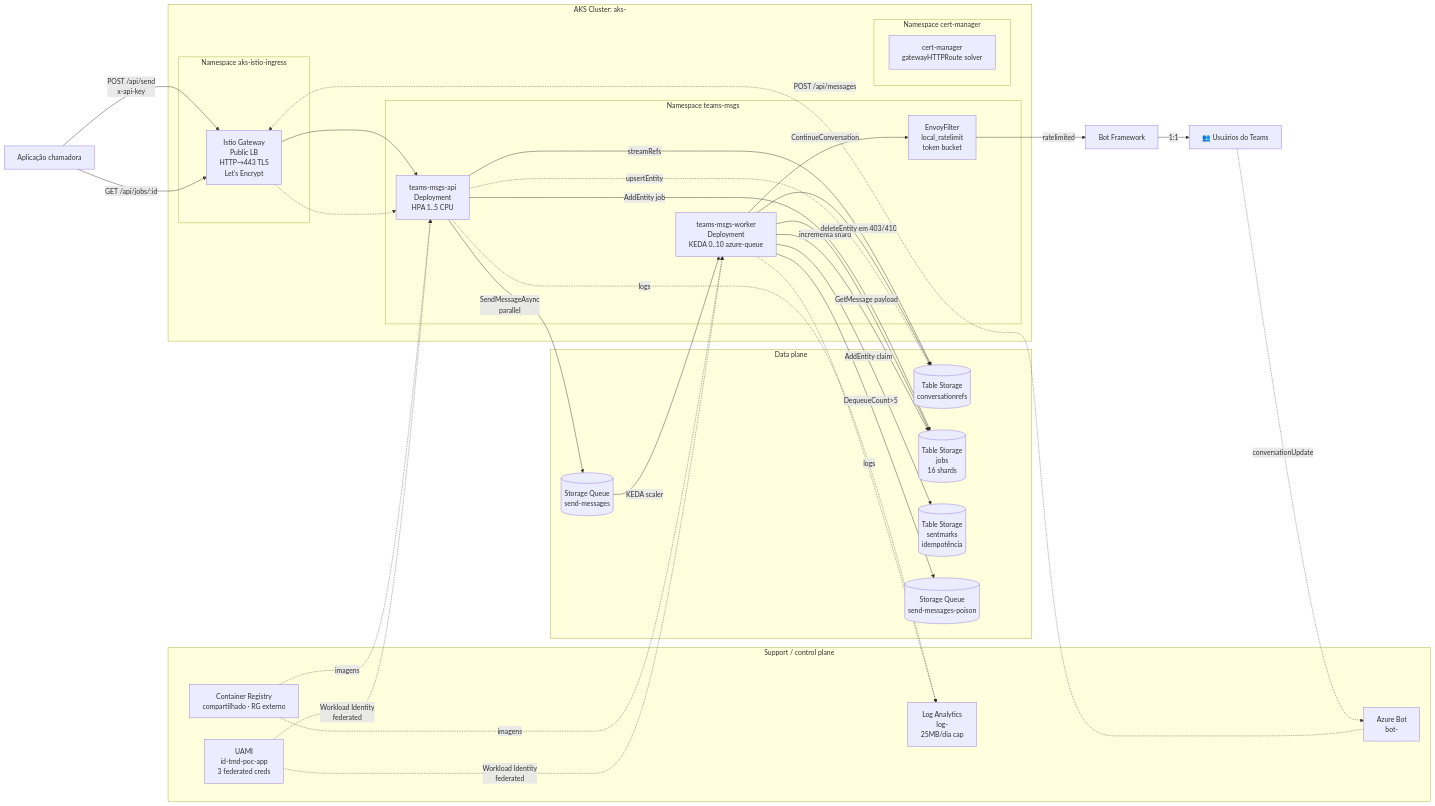
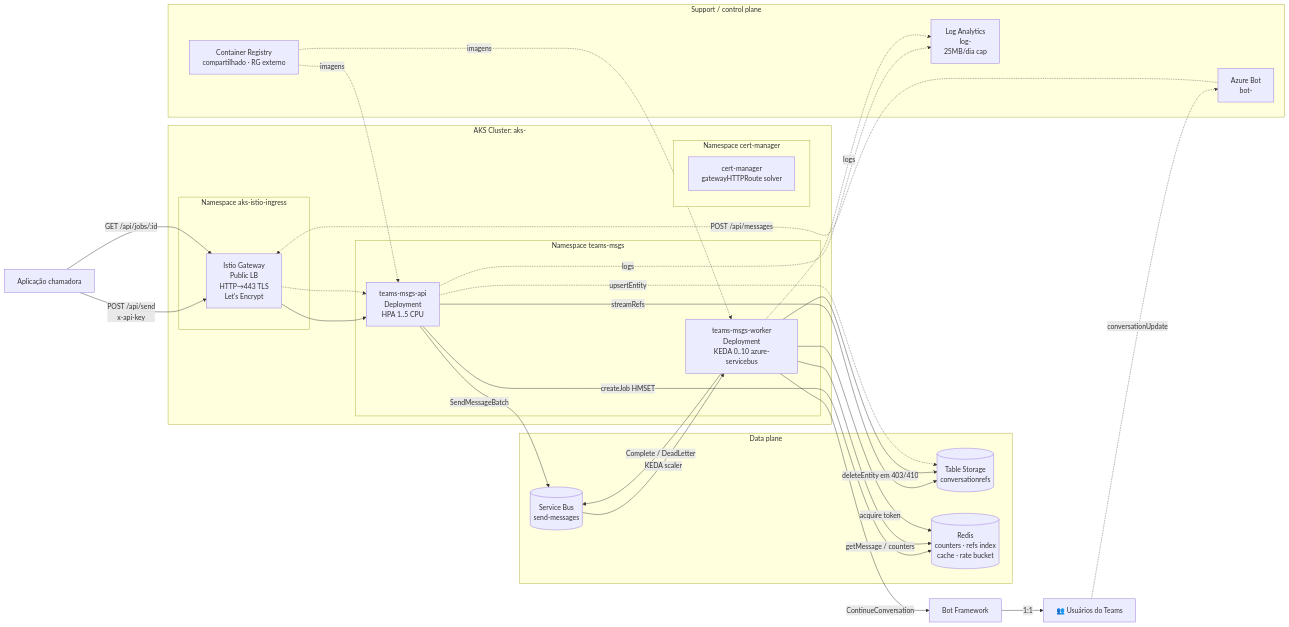
The first of 5 diagrams in README.md (EdneiMonteiro/teams_msgs_dotnet), drawn with Mermaid before and after one commit. The commit also changed other lines of this file and 3 other files, not shown here.

First line of the commit message:
docs(arch): revert narrative to Service Bus + Redis + connection strings

````diff
--- a/README.md
+++ b/README.md
@@ -93,63 +93,55 @@
 ```mermaid
 graph LR
     Client[Aplicação chamadora]
     Users[👥 Usuários do Teams]
     BF[Bot Framework]
 
     subgraph "AKS Cluster: aks-<seu-cluster>"
         subgraph "Namespace aks-istio-ingress"
             Gateway[Istio Gateway<br/>Public LB<br/>HTTP→443 TLS<br/>Let's Encrypt]
         end
         subgraph "Namespace teams-msgs"
             API[teams-msgs-api<br/>Deployment<br/>HPA 1..5 CPU]
-            Worker[teams-msgs-worker<br/>Deployment<br/>KEDA 0..10 azure-queue]
-            EnvoyFilter[EnvoyFilter<br/>local_ratelimit<br/>token bucket]
+            Worker[teams-msgs-worker<br/>Deployment<br/>KEDA 0..10 azure-servicebus]
         end
         subgraph "Namespace cert-manager"
             CM[cert-manager<br/>gatewayHTTPRoute solver]
         end
     end
 
     subgraph "Data plane"
         Refs[(Table Storage<br/>conversationrefs)]
-        Jobs[(Table Storage<br/>jobs<br/>16 shards)]
-        Marks[(Table Storage<br/>sentmarks<br/>idempotência)]
-        SQ[(Storage Queue<br/>send-messages)]
-        Poison[(Storage Queue<br/>send-messages-poison)]
+        RedisDB[(Redis<br/>counters · refs index<br/>cache · rate bucket)]
+        SB[(Service Bus<br/>send-messages)]
     end
 
     subgraph "Support / control plane"
         AzBot[Azure Bot<br/>bot-<seu-bot>]
         ACR[Container Registry<br/>compartilhado · RG externo]
         Logs[Log Analytics<br/>log-<seu-workspace><br/>25MB/dia cap]
-        UAMI[UAMI<br/>id-tmd-poc-app<br/>3 federated creds]
     end
 
     Client -->|POST /api/send<br/>x-api-key| Gateway
     Client -->|GET /api/jobs/:id| Gateway
     Gateway --> API
     API -->|streamRefs| Refs
-    API -->|AddEntity job| Jobs
-    API -->|SendMessageAsync<br/>parallel| SQ
-    SQ -->|KEDA scaler| Worker
-    Worker -->|GetMessage payload| Jobs
-    Worker -->|AddEntity claim| Marks
-    Worker -->|ContinueConversation| EnvoyFilter
-    EnvoyFilter -->|ratelimited| BF
+    API -->|createJob HMSET| RedisDB
+    API -->|SendMessageBatch| SB
+    SB -->|KEDA scaler| Worker
+    Worker -->|getMessage / counters| RedisDB
+    Worker -->|acquire token| RedisDB
+    Worker -->|ContinueConversation| BF
     BF -->|1:1| Users
-    Worker -->|incrementa shard| Jobs
     Worker -->|deleteEntity em 403/410| Refs
-    Worker -->|DequeueCount>5| Poison
+    Worker -->|Complete / DeadLetter| SB
 
     Users -.->|conversationUpdate| AzBot
     AzBot -.->|POST /api/messages| Gateway
     Gateway -.-> API
     API -.->|upsertEntity| Refs
 
     ACR -.->|imagens| API
     ACR -.->|imagens| Worker
     API -.->|logs| Logs
     Worker -.->|logs| Logs
-    UAMI -.->|Workload Identity<br/>federated| API
-    UAMI -.->|Workload Identity<br/>federated| Worker
 ```
````
